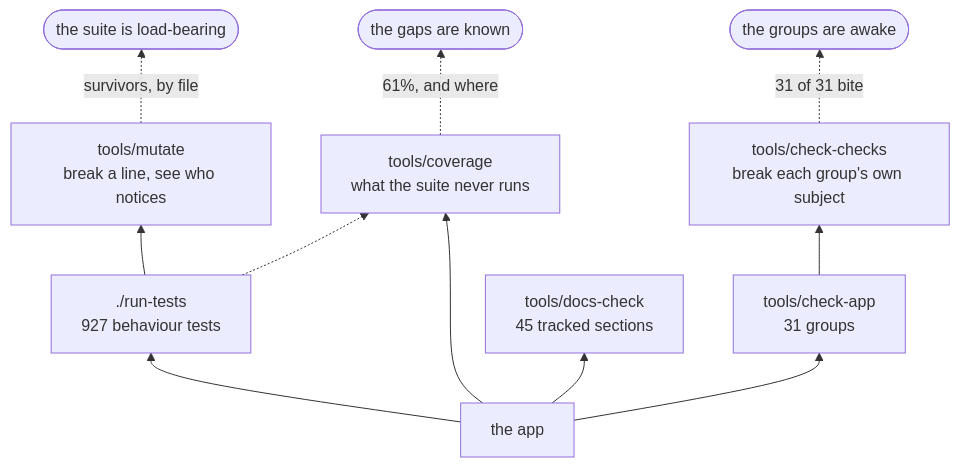
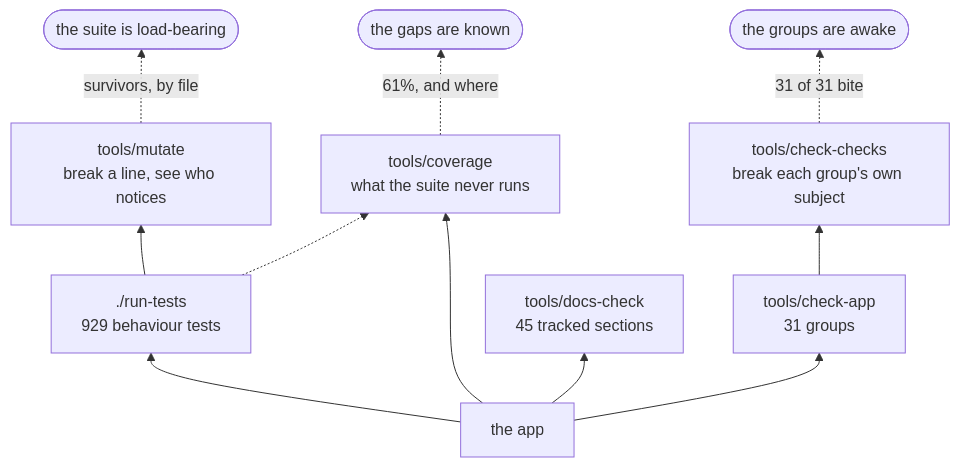
Before and after one commit to minormending/crystal-pilot-mobile: the second of 3 diagrams in docs/DEVELOPING.md, drawn with Mermaid. The commit also changed other lines of this file and 4 other files, not shown here.

````diff
--- a/docs/DEVELOPING.md
+++ b/docs/DEVELOPING.md
@@ -128,13 +128,13 @@
 ```mermaid
 flowchart BT
-    C["the app"] --> T["./run-tests<br/>927 behaviour tests"]
+    C["the app"] --> T["./run-tests<br/>929 behaviour tests"]
     C --> A["tools/check-app<br/>31 groups"]
     C --> D["tools/docs-check<br/>45 tracked sections"]
     C --> V["tools/coverage<br/>what the suite never runs"]
     T --> M["tools/mutate<br/>break a line, see who notices"]
     A --> K["tools/check-checks<br/>break each group's own subject"]
     T -.-> V
     M -.->|"survivors, by file"| R(["the suite is load-bearing"])
     K -.->|"31 of 31 bite"| R2(["the groups are awake"])
     V -.->|"61%, and where"| R3(["the gaps are known"])
 ```
````
